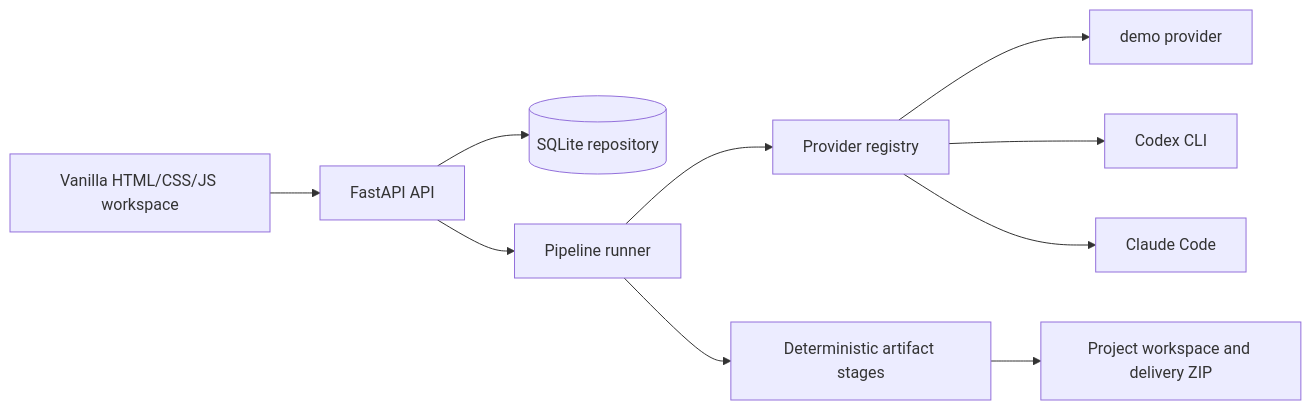
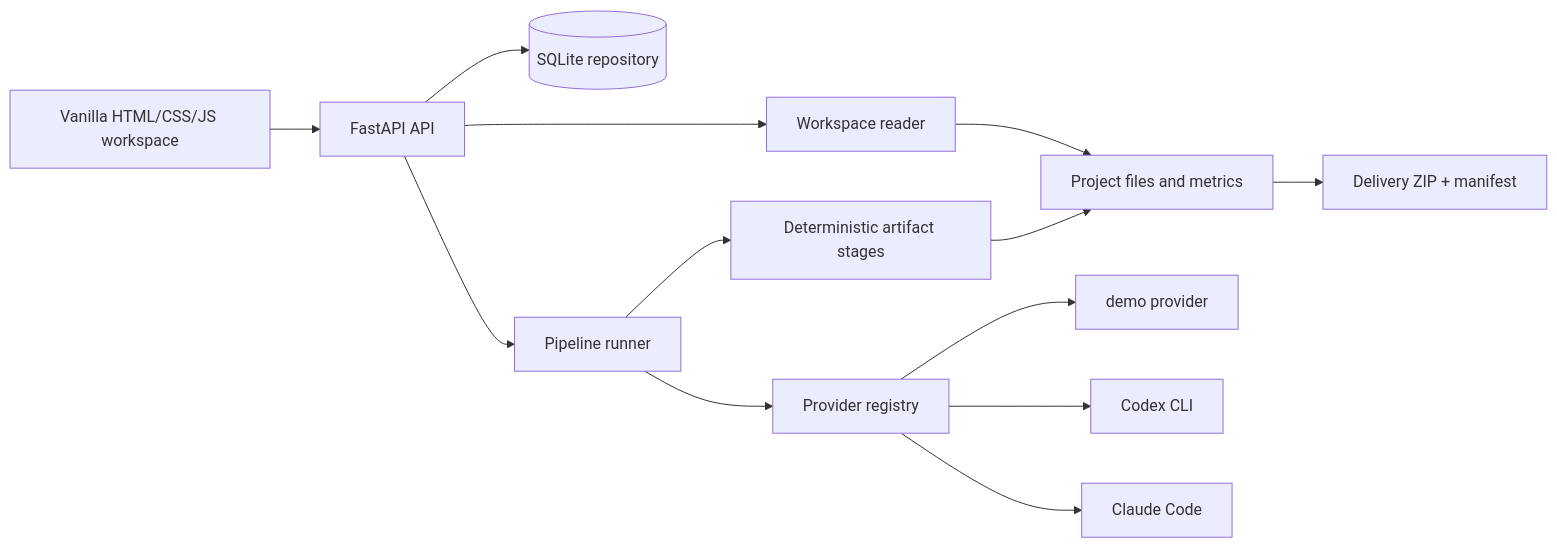
One commit to aievolutionpl/ebook-factory changed the diagram in README.md. Above: the diagram before and after it, drawn with Mermaid. The commit also changed other lines of this file and 8 other files, not shown here.

````diff
--- a/README.md
+++ b/README.md
@@ -19,12 +309,15 @@
 ```mermaid
 flowchart LR
   UI[Vanilla HTML/CSS/JS workspace] --> API[FastAPI API]
   API --> Repo[(SQLite repository)]
   API --> Runner[Pipeline runner]
+  API --> WS[Workspace reader]
+  WS --> Files[Project files and metrics]
   Runner --> Registry[Provider registry]
   Registry --> Demo[demo provider]
   Registry --> Codex[Codex CLI]
   Registry --> Claude[Claude Code]
   Runner --> Stages[Deterministic artifact stages]
-  Stages --> Files[Project workspace and delivery ZIP]
+  Stages --> Files
+  Files --> Zip[Delivery ZIP + manifest]
 ```
````
